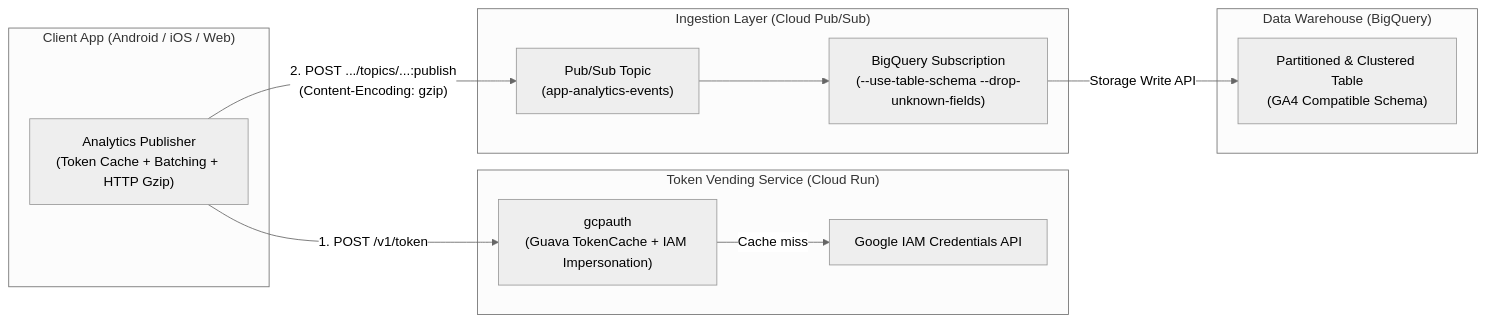
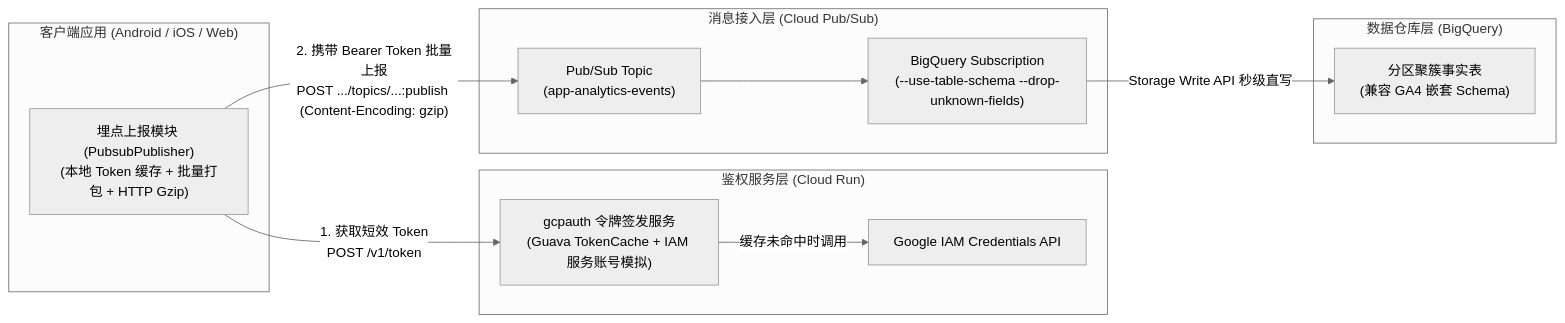
One commit to vicfullstack/pubsubauth changed the diagram in README.md. Above: the diagram before and after it, drawn with Mermaid (neutral theme). The commit also changed other lines of this file and 3 other files, not shown here.

Commit message:
Translate README to Chinese and add architecture diagram

````diff
--- a/README.md
+++ b/README.md
@@ -7,26 +9,26 @@
 ```mermaid
 flowchart LR
-    subgraph Client["Client App (Android / iOS / Web)"]
-        SDK["Analytics Publisher\n(Token Cache + Batching + HTTP Gzip)"]
+    subgraph Client["客户端应用 (Android / iOS / Web)"]
+        SDK["埋点上报模块 (PubsubPublisher)\n(本地 Token 缓存 + 批量打包 + HTTP Gzip)"]
     end
 
-    subgraph Auth["Token Vending Service (Cloud Run)"]
-        GCPAuth["gcpauth\n(Guava TokenCache + IAM Impersonation)"]
+    subgraph Auth["鉴权服务层 (Cloud Run)"]
+        GCPAuth["gcpauth 令牌签发服务\n(Guava TokenCache + IAM 服务账号模拟)"]
         IAM["Google IAM Credentials API"]
-        GCPAuth -->|"Cache miss"| IAM
+        GCPAuth -->|"缓存未命中时调用"| IAM
     end
 
-    subgraph PubSub["Ingestion Layer (Cloud Pub/Sub)"]
+    subgraph PubSub["消息接入层 (Cloud Pub/Sub)"]
         Topic["Pub/Sub Topic\n(app-analytics-events)"]
         BQSub["BigQuery Subscription\n(--use-table-schema --drop-unknown-fields)"]
         Topic --> BQSub
     end
 
-    subgraph BQ["Data Warehouse (BigQuery)"]
-        Table["Partitioned & Clustered Table\n(GA4 Compatible Schema)"]
-        BQSub -->|"Storage Write API"| Table
+    subgraph BQ["数据仓库层 (BigQuery)"]
+        Table["分区聚簇事实表\n(兼容 GA4 嵌套 Schema)"]
+        BQSub -->|"Storage Write API 秒级直写"| Table
     end
 
-    SDK -->|"1. POST /v1/token"| GCPAuth
-    SDK -->|"2. POST .../topics/...:publish\n(Content-Encoding: gzip)"| Topic
+    SDK -->|"1. 获取短效 Token\nPOST /v1/token"| GCPAuth
+    SDK -->|"2. 携带 Bearer Token 批量上报\nPOST .../topics/...:publish (Content-Encoding: gzip)"| Topic
 ```
````
